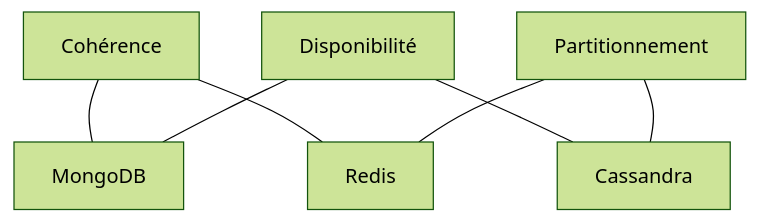
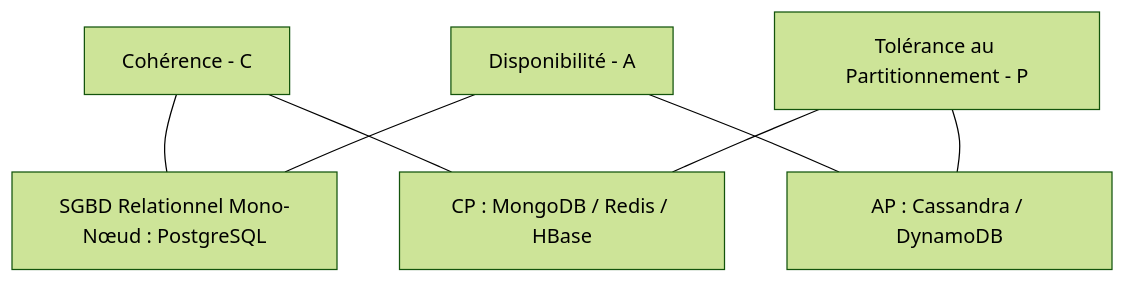
The second of 7 diagrams in courses/slides.md (nosql-esigelec/course), drawn with Mermaid (forest theme) before and after one commit. The commit also changed other lines of this file, not shown here.

Commit message:
feat(slides): add Voyage AI, MongoDB MCP, Neo4j GraphRAG, Aggregation & Polyglot Architecture slides

````diff
--- a/courses/slides.md
+++ b/courses/slides.md
@@ -302,9 +294,9 @@
 ```mermaid
 graph TD
-    C[Cohérence] --- CA[MongoDB]
-    C --- CP[Redis]
-    A[Disponibilité] --- CA
-    A --- AP[Cassandra]
-    P[Partitionnement] --- CP
+    C[Cohérence - C] --- CA[SGBD Relationnel Mono-Nœud : PostgreSQL]
+    C --- CP[CP : MongoDB / Redis / HBase]
+    A[Disponibilité - A] --- CA
+    A --- AP[AP : Cassandra / DynamoDB]
+    P[Tolérance au Partitionnement - P] --- CP
     P --- AP
 ```
````
